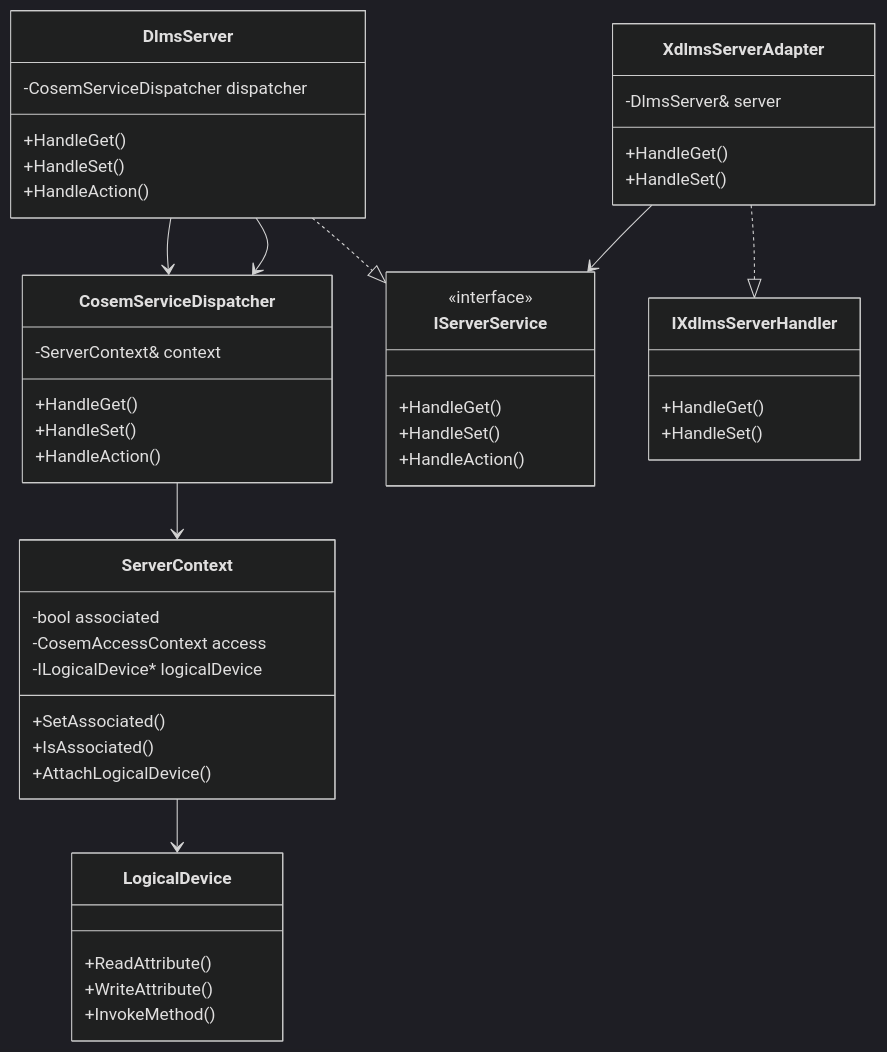
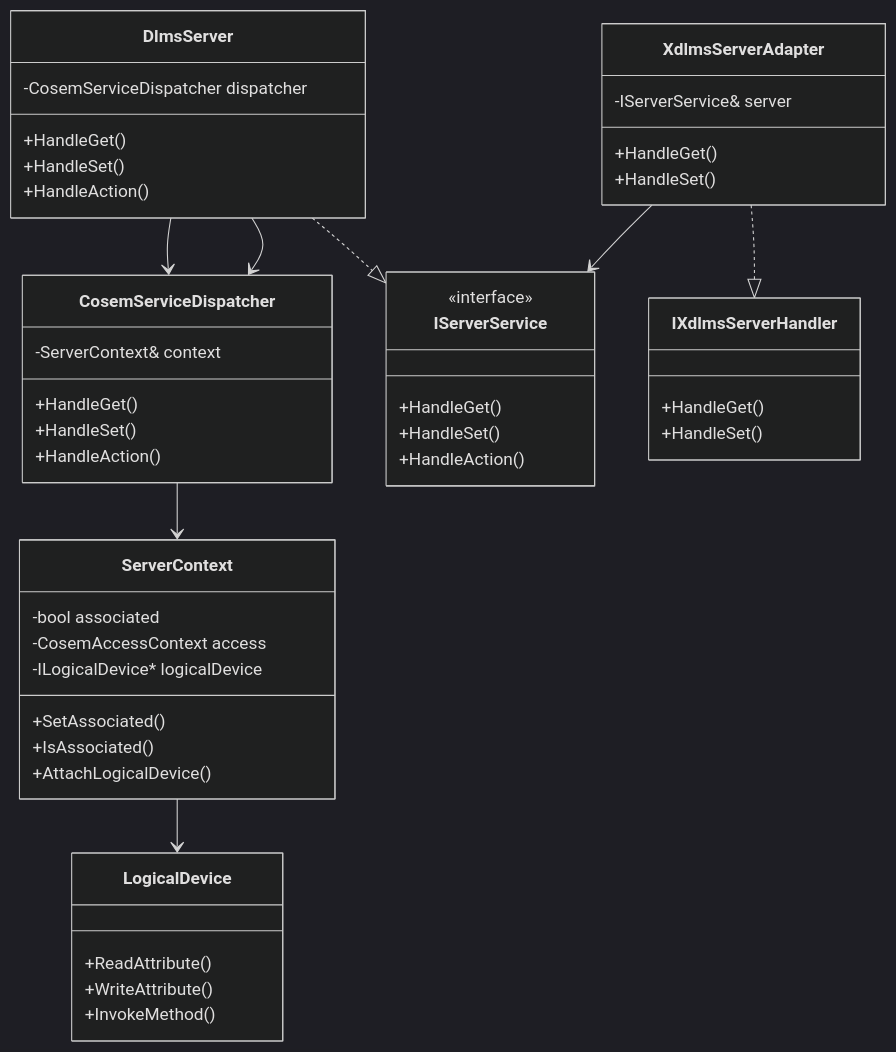
Before and after one commit to gvtret/dlms: the diagram in lib/dlms-server/docs/01_server_api.md, drawn with Mermaid (dark theme). The commit also changed other lines of this file and 7 other files, not shown here.

First line of the commit message:
refactor: split server service interface

````diff
--- a/lib/dlms-server/docs/01_server_api.md
+++ b/lib/dlms-server/docs/01_server_api.md
@@ -195,57 +201,57 @@
 ```mermaid
 classDiagram
   class ServerContext {
     -bool associated
     -CosemAccessContext access
     -ILogicalDevice* logicalDevice
     +SetAssociated()
     +IsAssociated()
     +AttachLogicalDevice()
   }
 
   class CosemServiceDispatcher {
     -ServerContext& context
     +HandleGet()
     +HandleSet()
     +HandleAction()
   }
 
   class IServerService {
     <<interface>>
     +HandleGet()
     +HandleSet()
     +HandleAction()
   }
 
   class DlmsServer {
     -CosemServiceDispatcher dispatcher
     +HandleGet()
     +HandleSet()
     +HandleAction()
   }
 
   class LogicalDevice {
     +ReadAttribute()
     +WriteAttribute()
     +InvokeMethod()
   }
 
   class XdlmsServerAdapter {
-    -DlmsServer& server
+    -IServerService& server
     +HandleGet()
     +HandleSet()
   }
 
   class IXdlmsServerHandler {
     +HandleGet()
     +HandleSet()
   }
 
   DlmsServer --> CosemServiceDispatcher
   XdlmsServerAdapter ..|> IXdlmsServerHandler
   XdlmsServerAdapter --> IServerService
   DlmsServer ..|> IServerService
   DlmsServer --> CosemServiceDispatcher
   CosemServiceDispatcher --> ServerContext
   ServerContext --> LogicalDevice
 ```
````
